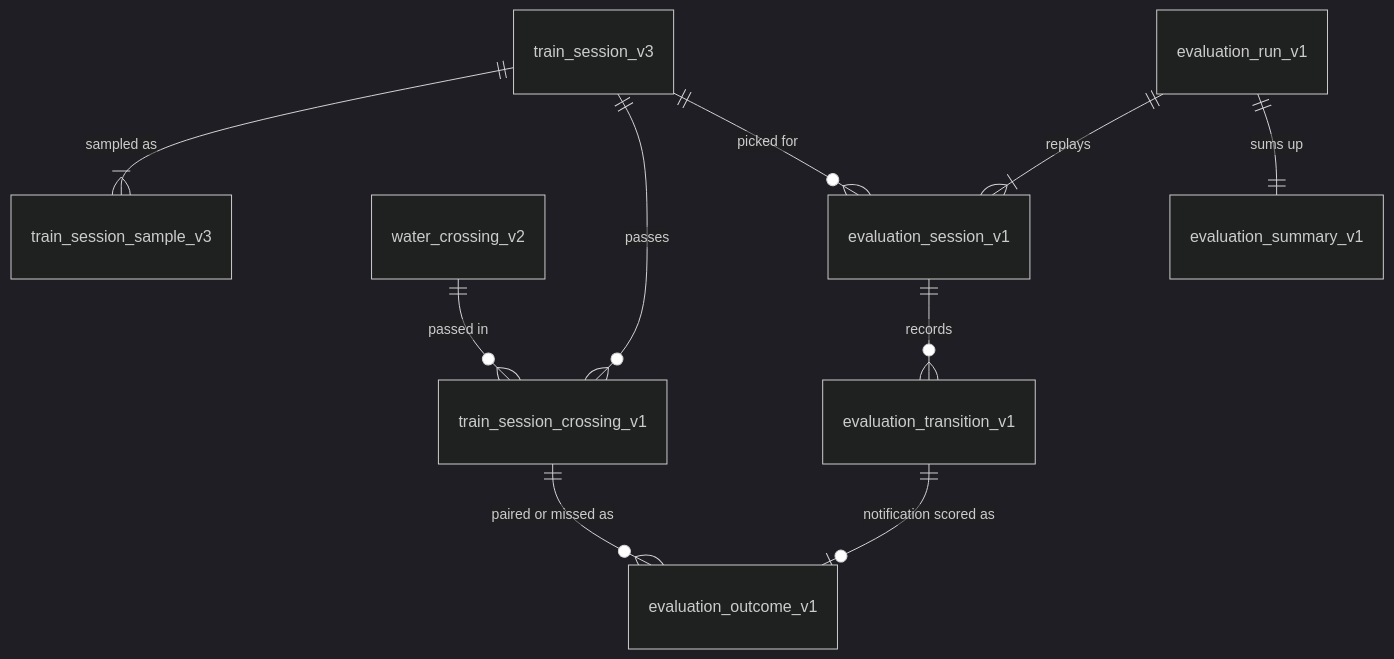
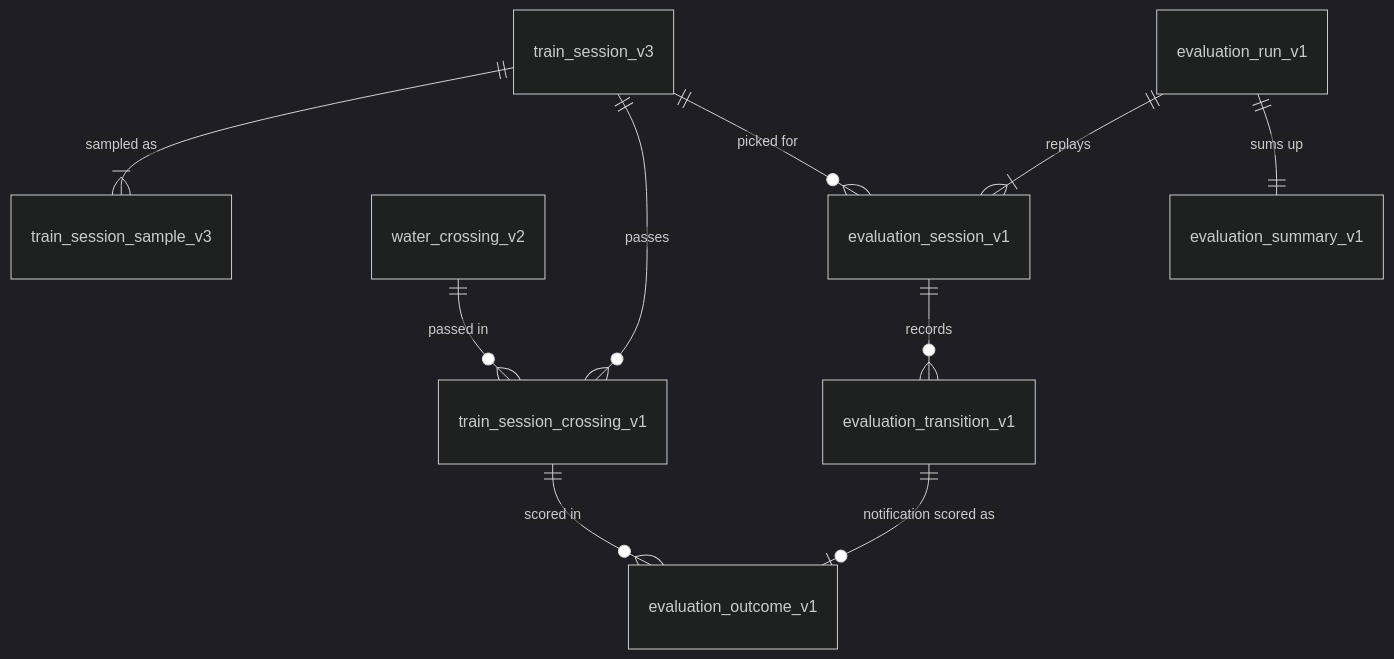
Before and after one commit to mikemoraned/geo: the diagram in apps/lookout/docs/current-slice.md, drawn with Mermaid (dark theme). The commit also changed other lines of this file, not shown here.

````diff
--- a/apps/lookout/docs/current-slice.md
+++ b/apps/lookout/docs/current-slice.md
@@ -116,12 +124,12 @@
 ```mermaid
 erDiagram
     train_session_v3 ||--|{ train_session_sample_v3 : "sampled as"
     train_session_v3 ||--o{ train_session_crossing_v1 : "passes"
     water_crossing_v2 ||--o{ train_session_crossing_v1 : "passed in"
     evaluation_run_v1 ||--|{ evaluation_session_v1 : "replays"
     train_session_v3 ||--o{ evaluation_session_v1 : "picked for"
     evaluation_session_v1 ||--o{ evaluation_transition_v1 : "records"
     evaluation_transition_v1 ||--o| evaluation_outcome_v1 : "notification scored as"
-    train_session_crossing_v1 ||--o{ evaluation_outcome_v1 : "paired or missed as"
+    train_session_crossing_v1 ||--o{ evaluation_outcome_v1 : "scored in"
     evaluation_run_v1 ||--|| evaluation_summary_v1 : "sums up"
 ```
````
